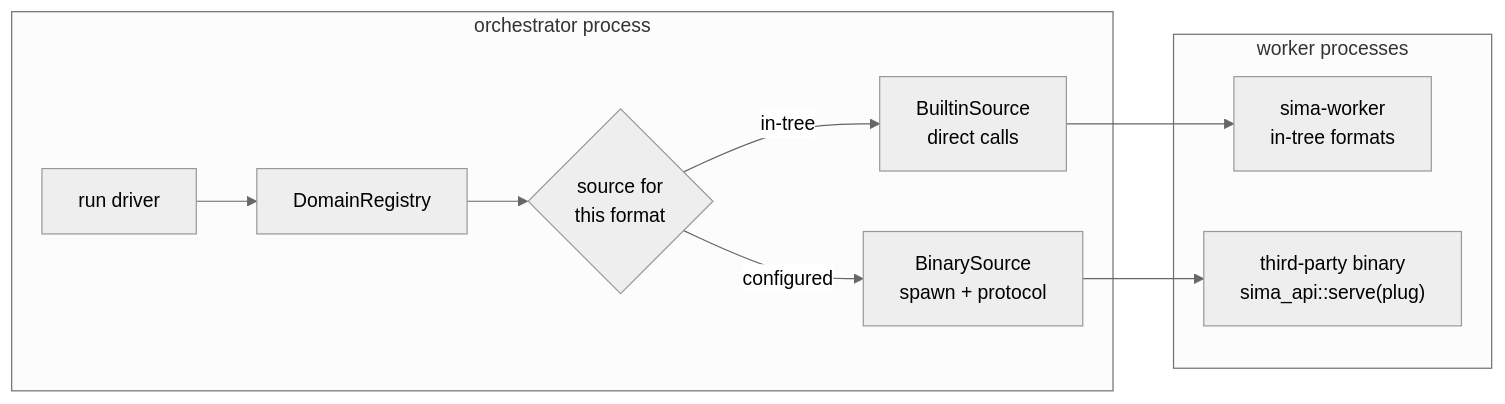
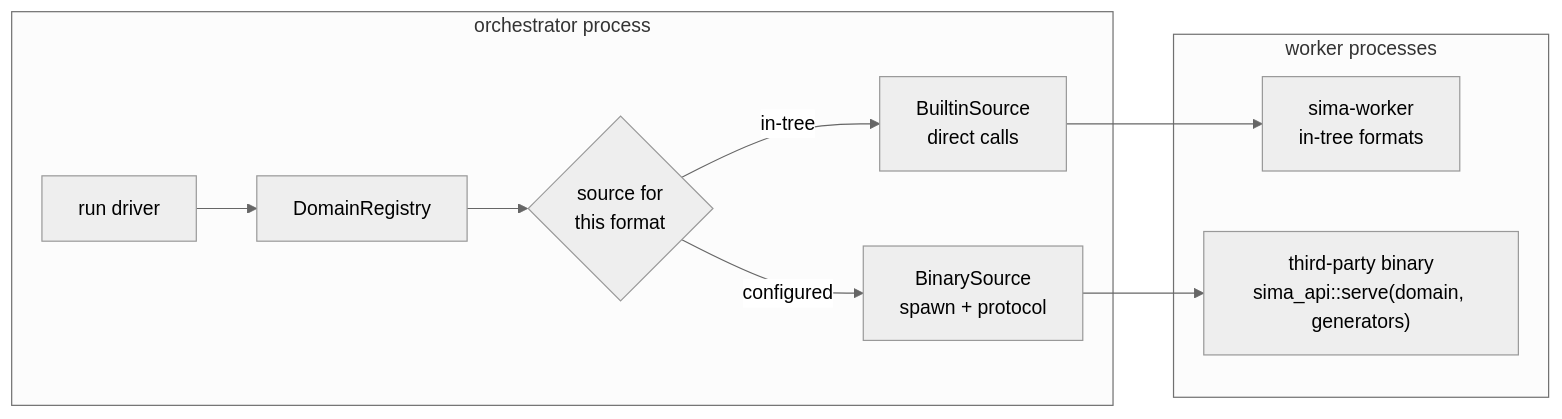
The second of 2 diagrams in docs/architecture.md (alvatar/sima), drawn with Mermaid (neutral theme) before and after one commit. The commit also changed other lines of this file and 9 other files, not shown here.

````diff
--- a/docs/architecture.md
+++ b/docs/architecture.md
@@ -912,15 +912,15 @@
 ```mermaid
 flowchart LR
   subgraph parent["orchestrator process"]
     RUN["run driver"] --> REG["DomainRegistry"]
     REG --> SRC{"source for<br/>this format"}
     SRC -->|in-tree| BI["BuiltinSource<br/>direct calls"]
     SRC -->|configured| BN["BinarySource<br/>spawn + protocol"]
   end
   subgraph child["worker processes"]
     W1["sima-worker<br/>in-tree formats"]
-    W2["third-party binary<br/>sima_api::serve(plug)"]
+    W2["third-party binary<br/>sima_api::serve(domain, generators)"]
   end
   BI --> W1
   BN --> W2
 ```
````
